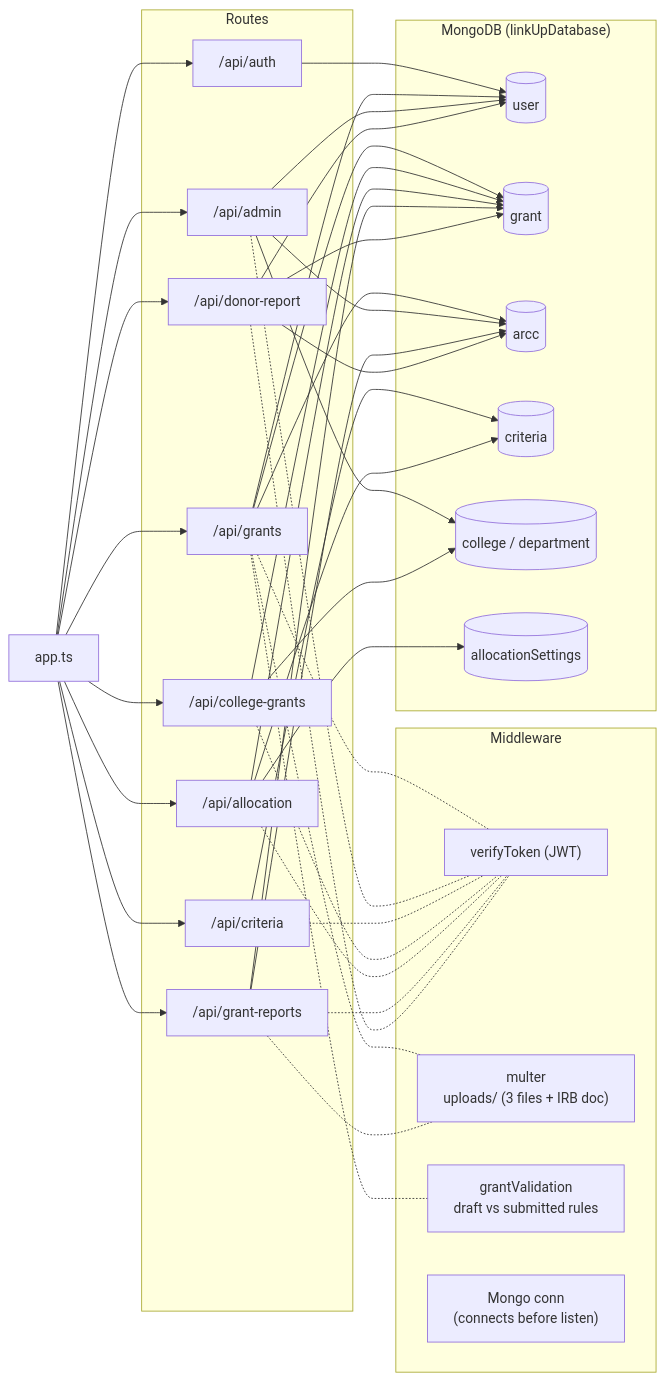
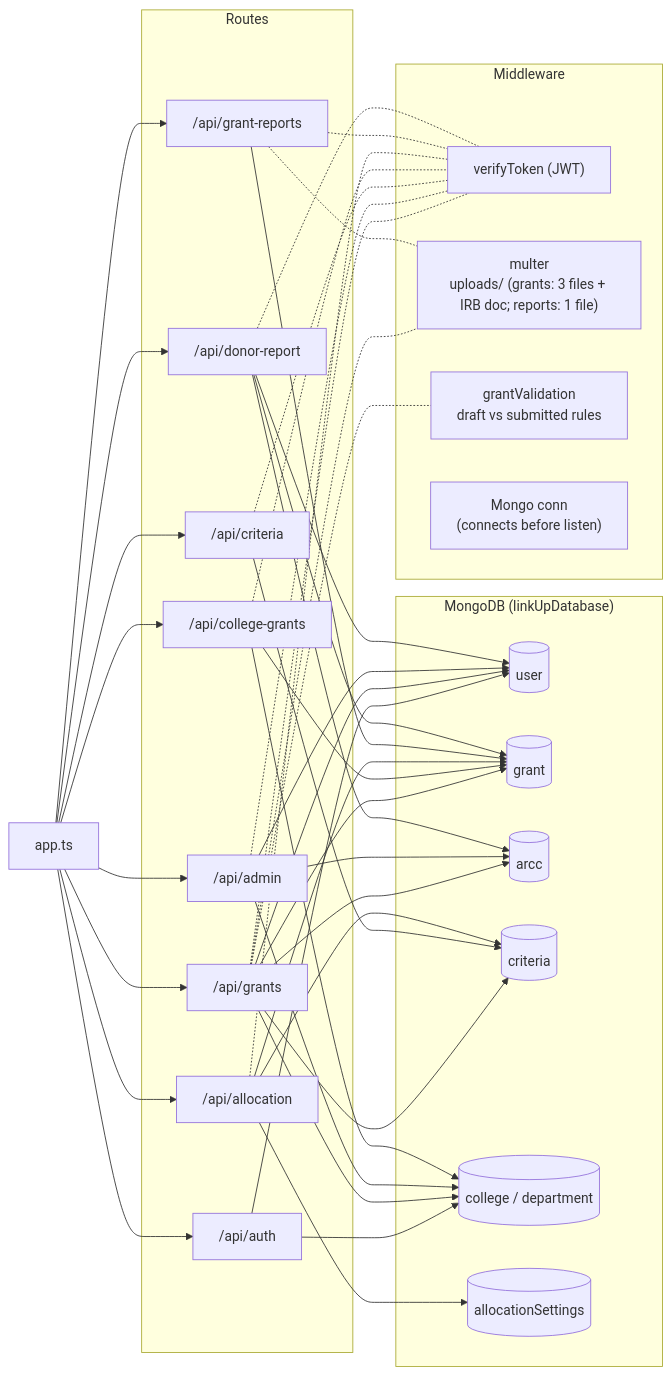
The third of 8 diagrams in docs/architecture.md (jayantiacharya/grant-management-system), drawn with Mermaid before and after one commit. The commit also changed other lines of this file and 4 other files, not shown here.

````diff
--- a/docs/architecture.md
+++ b/docs/architecture.md
@@ -79,49 +80,49 @@
 ```mermaid
 flowchart LR
     APP["app.ts"]
 
     subgraph Middleware
         VERIFY["verifyToken (JWT)"]
-        MULTER["multer<br/>uploads/ (3 files + IRB doc)"]
+        MULTER["multer<br/>uploads/ (grants: 3 files + IRB doc; reports: 1 file)"]
         VALID["grantValidation<br/>draft vs submitted rules"]
         CONN["Mongo conn<br/>(connects before listen)"]
     end
 
     subgraph Routes
         AUTHR["/api/auth"]
         GRANTR["/api/grants"]
         ADMINR["/api/admin"]
         CRITR["/api/criteria"]
         CGR["/api/college-grants"]
         ALLOCR["/api/allocation"]
         GRPTR["/api/grant-reports"]
         DONORR["/api/donor-report"]
     end
 
     subgraph Collections ["MongoDB (linkUpDatabase)"]
         CUSER[("user")]
         CGRANT[("grant")]
         CARCC[("arcc")]
         CCRIT[("criteria")]
         CCOLL[("college / department")]
         CALLOC[("allocationSettings")]
     end
 
     APP --> AUTHR & GRANTR & ADMINR & CRITR & CGR & ALLOCR & GRPTR & DONORR
     GRANTR -.- VERIFY & VALID & MULTER
     ADMINR -.- VERIFY
     CRITR -.- VERIFY
     CGR -.- VERIFY
     ALLOCR -.- VERIFY
     GRPTR -.- VERIFY & MULTER
     DONORR -.- VERIFY
 
-    AUTHR --> CUSER
-    GRANTR --> CGRANT & CARCC & CUSER
+    AUTHR --> CUSER & CCOLL
+    GRANTR --> CGRANT & CARCC & CUSER & CCRIT & CCOLL
     ADMINR --> CCOLL & CARCC & CUSER
     CRITR --> CCRIT
     CGR --> CGRANT & CCOLL
     ALLOCR --> CGRANT & CCRIT & CALLOC
-    GRPTR --> CGRANT & CARCC
+    GRPTR --> CGRANT
     DONORR --> CGRANT & CUSER & CARCC
 ```
````
